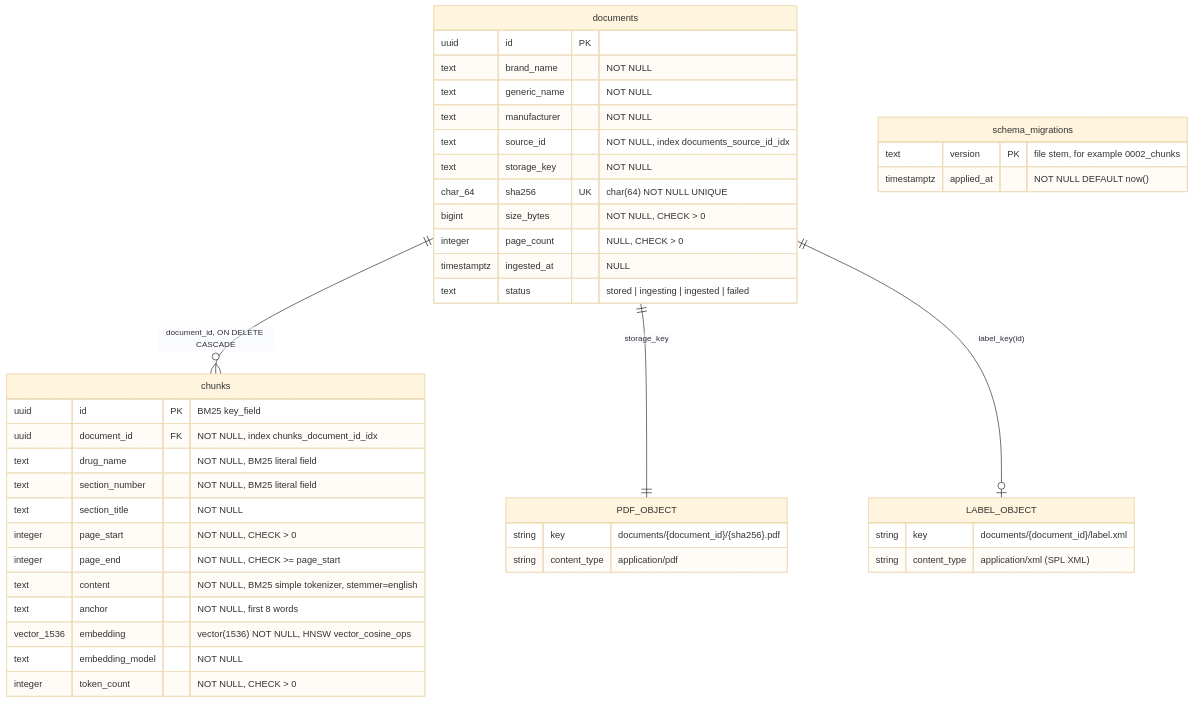
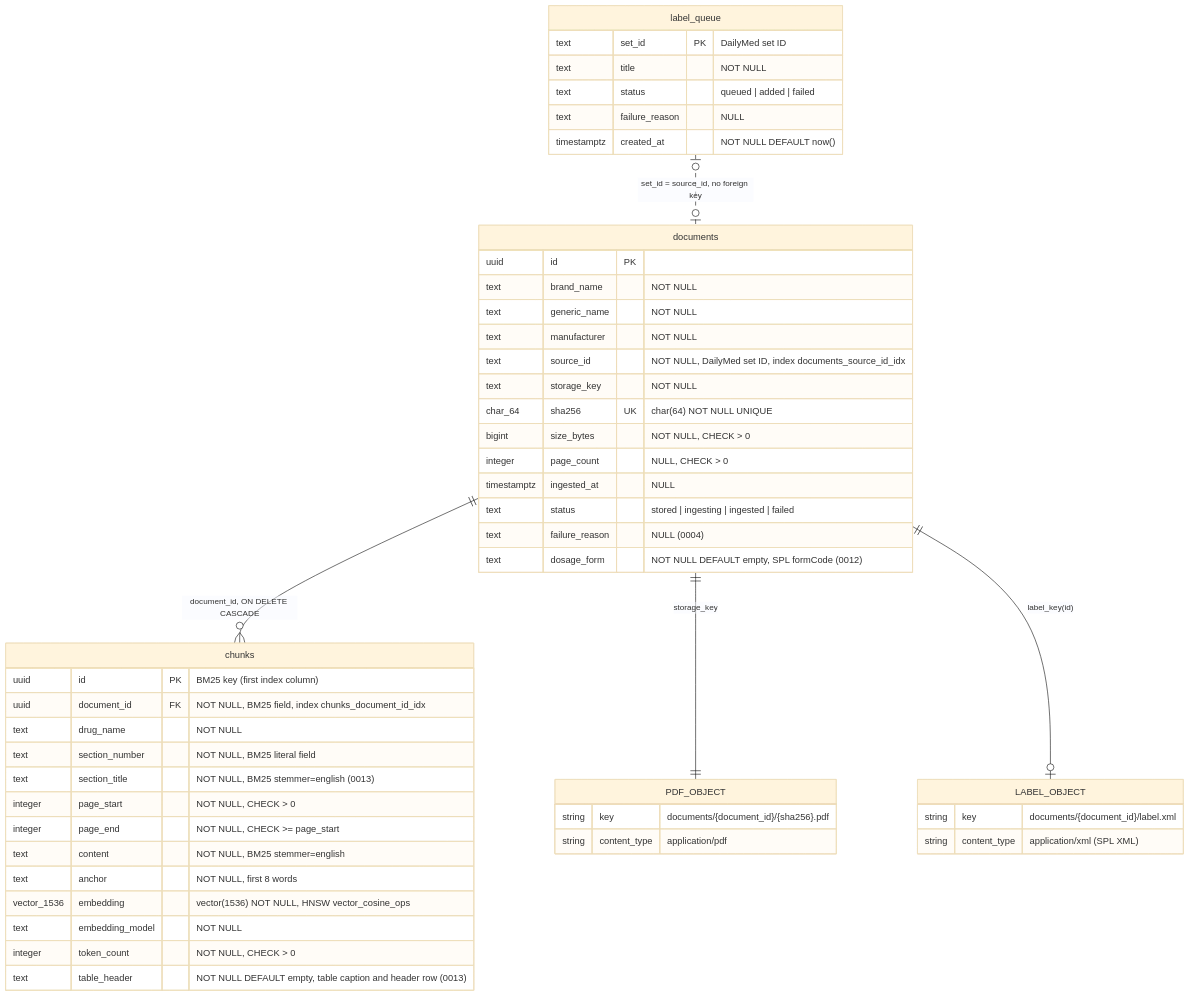
Before and after one commit to G-MAKROGLOU/docuchat: the first of 2 diagrams in docs/diagrams/erd.md, drawn with Mermaid (base theme). The commit also changed other lines of this file and 6 other files, not shown here.

Commit message:
docs: update the architecture diagrams to the current code

````diff
--- a/docs/diagrams/erd.md
+++ b/docs/diagrams/erd.md
@@ -5,50 +7,57 @@
 ```mermaid
 erDiagram
     documents ||--o{ chunks : "document_id, ON DELETE CASCADE"
     documents ||--|| PDF_OBJECT : "storage_key"
     documents ||--o| LABEL_OBJECT : "label_key(id)"
+    label_queue |o..o| documents : "set_id = source_id, no foreign key"
 
     documents {
         uuid id PK
         text brand_name "NOT NULL"
         text generic_name "NOT NULL"
         text manufacturer "NOT NULL"
-        text source_id "NOT NULL, index documents_source_id_idx"
+        text source_id "NOT NULL, DailyMed set ID, index documents_source_id_idx"
         text storage_key "NOT NULL"
         char_64 sha256 UK "char(64) NOT NULL UNIQUE"
         bigint size_bytes "NOT NULL, CHECK > 0"
         integer page_count "NULL, CHECK > 0"
         timestamptz ingested_at "NULL"
         text status "stored | ingesting | ingested | failed"
+        text failure_reason "NULL (0004)"
+        text dosage_form "NOT NULL DEFAULT empty, SPL formCode (0012)"
     }
 
     chunks {
-        uuid id PK "BM25 key_field"
-        uuid document_id FK "NOT NULL, index chunks_document_id_idx"
-        text drug_name "NOT NULL, BM25 literal field"
+        uuid id PK "BM25 key (first index column)"
+        uuid document_id FK "NOT NULL, BM25 field, index chunks_document_id_idx"
+        text drug_name "NOT NULL"
         text section_number "NOT NULL, BM25 literal field"
-        text section_title "NOT NULL"
+        text section_title "NOT NULL, BM25 stemmer=english (0013)"
         integer page_start "NOT NULL, CHECK > 0"
         integer page_end "NOT NULL, CHECK >= page_start"
-        text content "NOT NULL, BM25 simple tokenizer, stemmer=english"
+        text content "NOT NULL, BM25 stemmer=english"
         text anchor "NOT NULL, first 8 words"
         vector_1536 embedding "vector(1536) NOT NULL, HNSW vector_cosine_ops"
         text embedding_model "NOT NULL"
         integer token_count "NOT NULL, CHECK > 0"
+        text table_header "NOT NULL DEFAULT empty, table caption and header row (0013)"
     }
 
-    schema_migrations {
-        text version PK "file stem, for example 0002_chunks"
-        timestamptz applied_at "NOT NULL DEFAULT now()"
+    label_queue {
+        text set_id PK "DailyMed set ID"
+        text title "NOT NULL"
+        text status "queued | added | failed"
+        text failure_reason "NULL"
+        timestamptz created_at "NOT NULL DEFAULT now()"
     }
 
     PDF_OBJECT {
         string key "documents/{document_id}/{sha256}.pdf"
         string content_type "application/pdf"
     }
 
     LABEL_OBJECT {
         string key "documents/{document_id}/label.xml"
         string content_type "application/xml (SPL XML)"
     }
 ```
````
